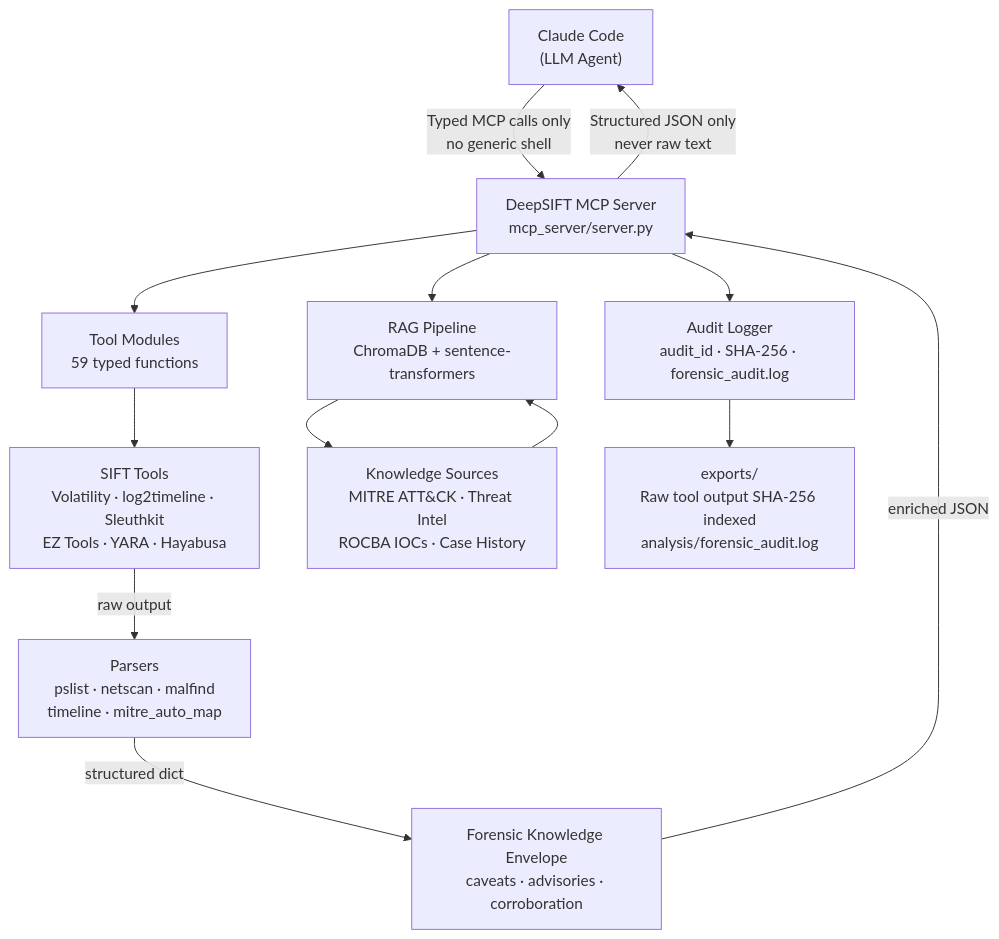
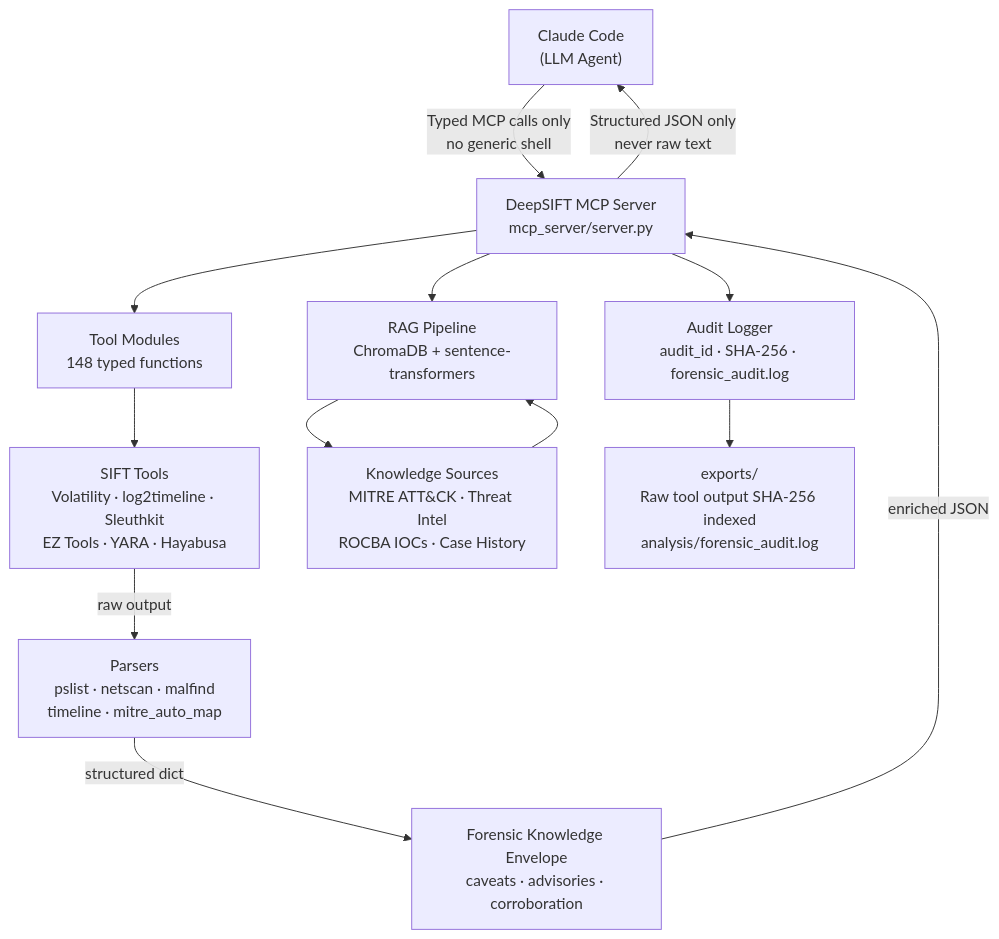
One commit to ahammadshawki8/DeepSIFT changed the first of 4 diagrams in README.md. Above: the diagram before and after it, drawn with Mermaid. The commit also changed other lines of this file and 14 other files, not shown here.

First line of the commit message:
Expand tool suite from 59 to 148 typed MCP tools (+89 tools, 12 new modules)

````diff
--- a/README.md
+++ b/README.md
@@ -38,20 +38,20 @@
 ```mermaid
 flowchart TD
     A["Claude Code\n(LLM Agent)"] -->|"Typed MCP calls only\nno generic shell"| B
 
     B["DeepSIFT MCP Server\nmcp_server/server.py"]
     B -->|"Structured JSON only\nnever raw text"| A
 
-    B --> C["Tool Modules\n59 typed functions"]
+    B --> C["Tool Modules\n148 typed functions"]
     C --> D["SIFT Tools\nVolatility · log2timeline · Sleuthkit\nEZ Tools · YARA · Hayabusa"]
     D -->|"raw output"| E["Parsers\npslist · netscan · malfind\ntimeline · mitre_auto_map"]
     E -->|"structured dict"| F["Forensic Knowledge Envelope\ncaveats · advisories · corroboration"]
     F -->|"enriched JSON"| B
 
     B --> G["RAG Pipeline\nChromaDB + sentence-transformers"]
     G --> H["Knowledge Sources\nMITRE ATT&CK · Threat Intel\nROCBA IOCs · Case History"]
     H --> G
 
     B --> I["Audit Logger\naudit_id · SHA-256 · forensic_audit.log"]
     I --> J["exports/\nRaw tool output SHA-256 indexed\nanalysis/forensic_audit.log"]
 ```
````
